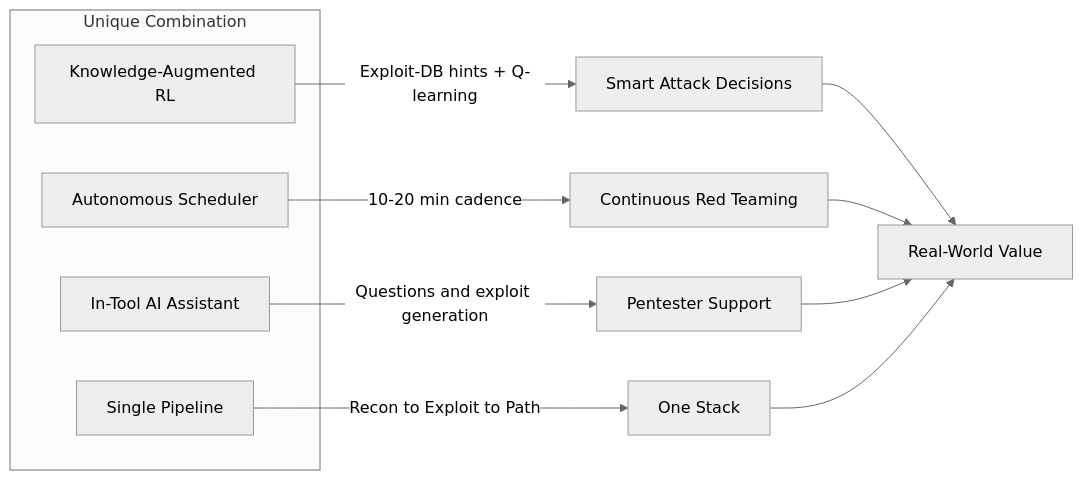
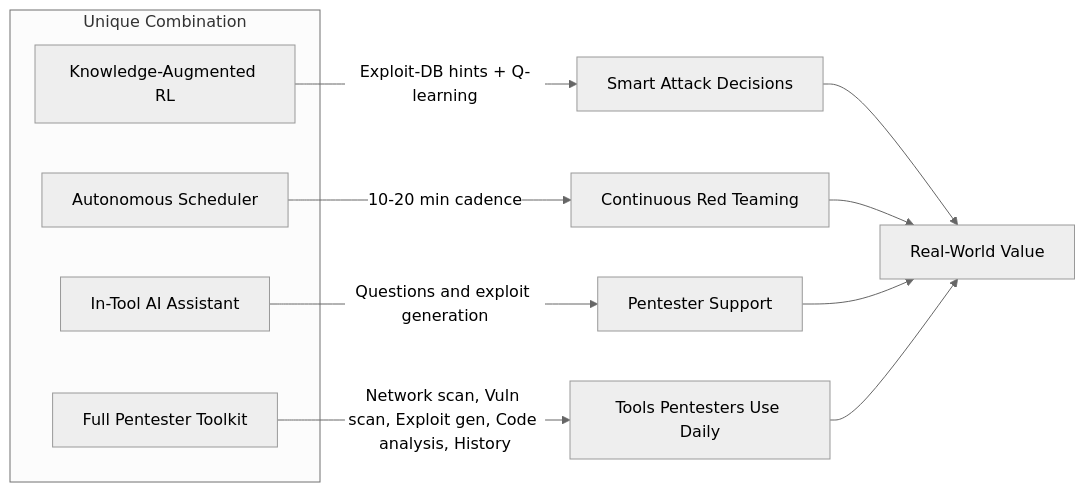
One commit to nik123-py/ok changed the third of 3 diagrams in .cursor/plans/art-ai_architecture_and_slide_deck_c803d1a8.plan.md. Above: the diagram before and after it, drawn with Mermaid (neutral theme). The commit also changed other lines of this file, not shown here.

````diff
--- a/.cursor/plans/art-ai_architecture_and_slide_deck_c803d1a8.plan.md
+++ b/.cursor/plans/art-ai_architecture_and_slide_deck_c803d1a8.plan.md
@@ -116,17 +139,17 @@
 ```mermaid
 flowchart LR
     subgraph uniqueness [Unique Combination]
         A[Knowledge-Augmented RL]
         B[Autonomous Scheduler]
         C[In-Tool AI Assistant]
-        D[Single Pipeline]
+        D[Full Pentester Toolkit]
     end
     A --> |"Exploit-DB hints + Q-learning"| Decision[Smart Attack Decisions]
     B --> |"10-20 min cadence"| Continuous[Continuous Red Teaming]
     C --> |"Questions and exploit generation"| Assist[Pentester Support]
-    D --> |"Recon to Exploit to Path"| OneStack[One Stack]
+    D --> |"Network scan, Vuln scan, Exploit gen, Code analysis, History"| Tools[Tools Pentesters Use Daily]
     Decision --> Value[Real-World Value]
     Continuous --> Value
     Assist --> Value
-    OneStack --> Value
+    Tools --> Value
 ```
````
